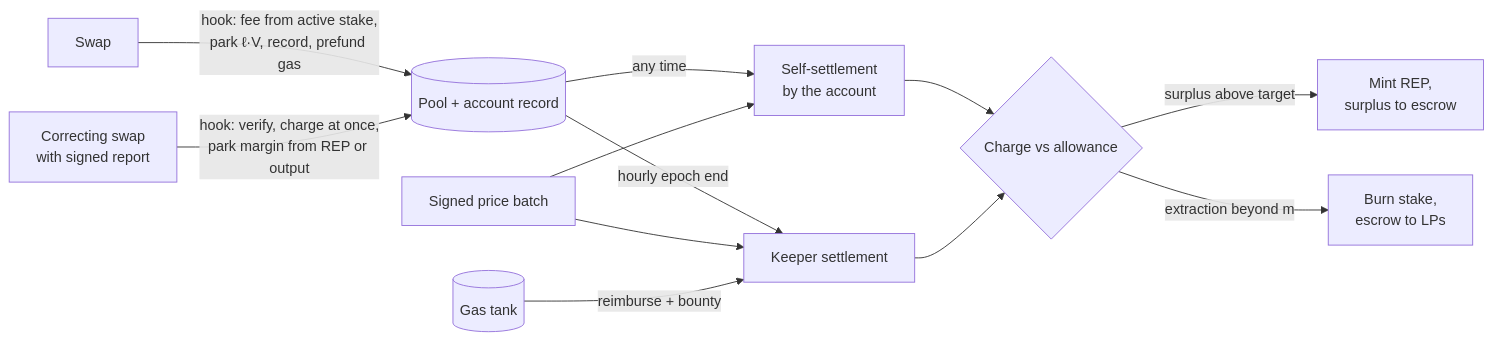
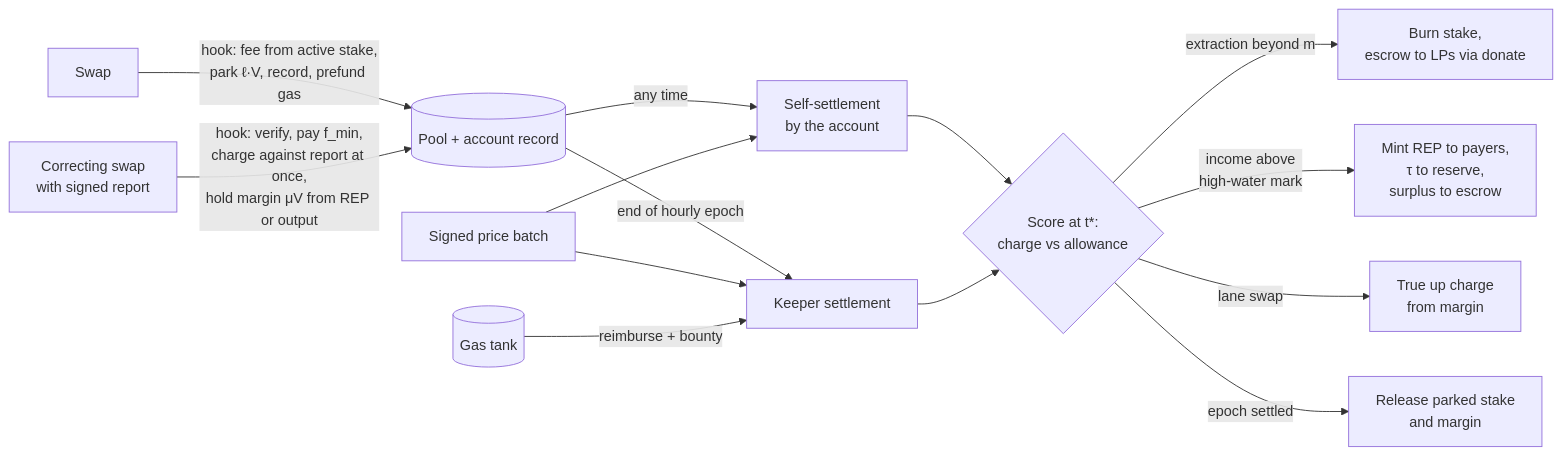
One commit to peersky/ammbro changed the diagram in paper.md. Above: the diagram before and after it, drawn with Mermaid. The commit also changed other lines of this file and 3 other files, not shown here.

First line of the commit message:
docs: figure 1 shows the lane true-up, high-water minting, escrow release and hourly epochs

````diff
--- a/paper.md
+++ b/paper.md
@@ -132,14 +132,16 @@
 ```mermaid
 flowchart LR
   S[Swap] -->|hook: fee from active stake,<br/>park ℓ·V, record, prefund gas| P[(Pool + account record)]
-  L[Correcting swap<br/>with signed report] -->|hook: verify, charge at once,<br/>park margin from REP or output| P
+  L[Correcting swap<br/>with signed report] -->|hook: verify, pay f_min,<br/>charge against report at once,<br/>hold margin μV from REP or output| P
   P -->|any time| SS[Self-settlement<br/>by the account]
-  P -->|hourly epoch end| K[Keeper settlement]
+  P -->|end of hourly epoch| K[Keeper settlement]
   O[Signed price batch] --> SS
   O --> K
-  SS --> R{Charge vs allowance}
+  SS --> R{Score at t*:<br/>charge vs allowance}
   K --> R
-  R -->|surplus above target| M[Mint REP,<br/>surplus to escrow]
-  R -->|extraction beyond m| B[Burn stake,<br/>escrow to LPs]
+  R -->|extraction beyond m| B[Burn stake,<br/>escrow to LPs via donate]
+  R -->|income above<br/>high-water mark| M[Mint REP to payers,<br/>τ to reserve,<br/>surplus to escrow]
+  R -->|lane swap| A[True up charge<br/>from margin]
+  R -->|epoch settled| U[Release parked stake<br/>and margin]
   T[(Gas tank)] -->|reimburse + bounty| K
 ```
````
